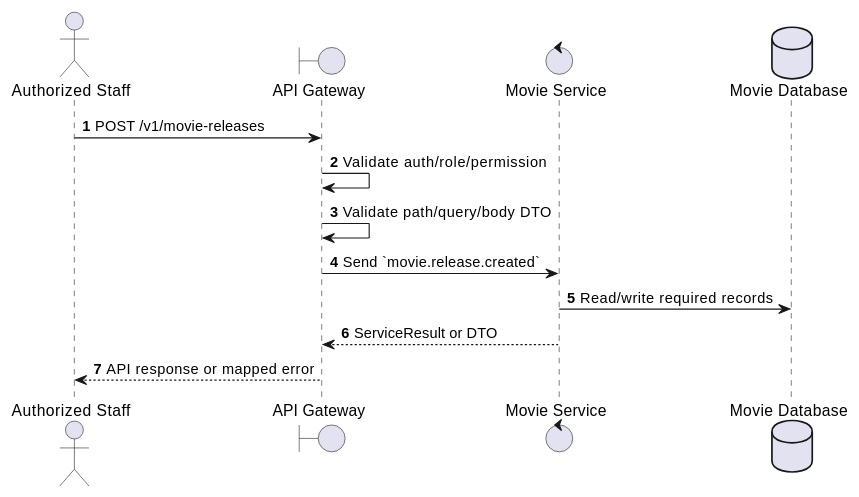
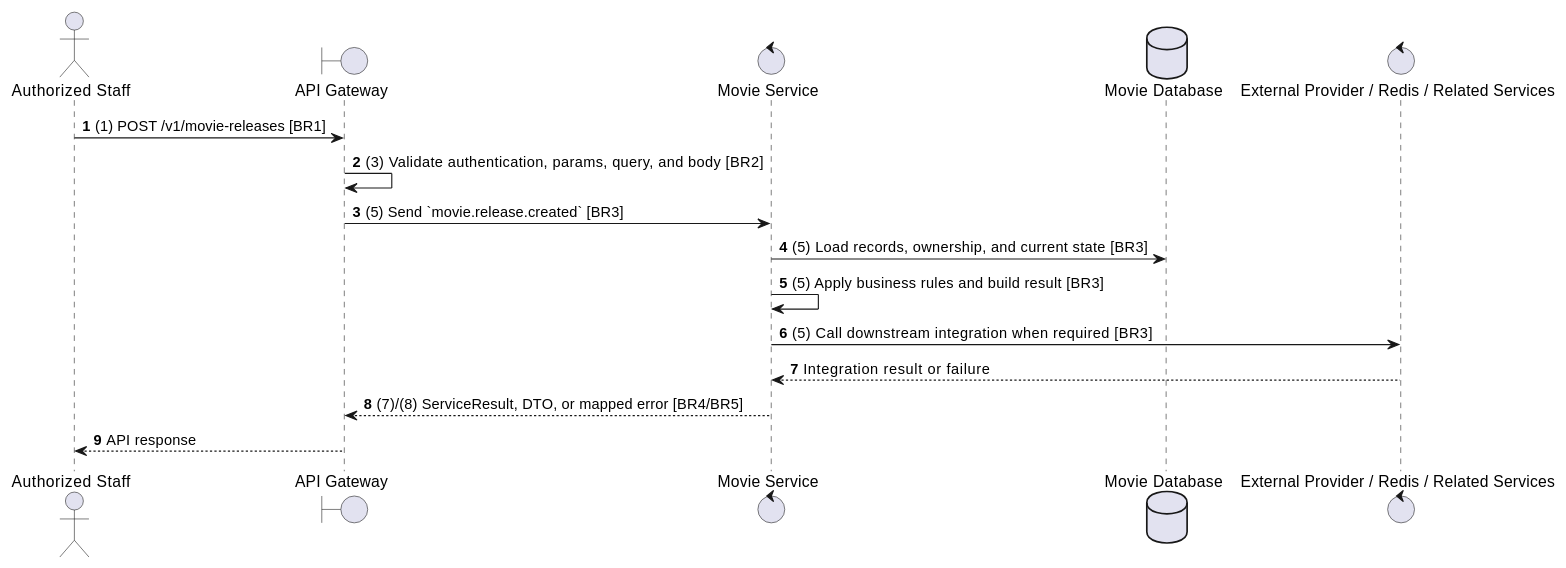
One commit to Tanh1603/movie-hub-architecture changed the second of 2 diagrams in docs/functional_specs/3.3.2_Movie_Releases/MR-01_Create_Movie_Release.md. Above: the diagram before and after it, drawn with PlantUML. The commit also changed other lines of this file and 129 other files, not shown here.

````diff
--- a/docs/functional_specs/3.3.2_Movie_Releases/MR-01_Create_Movie_Release.md
+++ b/docs/functional_specs/3.3.2_Movie_Releases/MR-01_Create_Movie_Release.md
@@ -17,17 +64,20 @@
 ```plantuml
 @startuml
 autonumber
 actor "Authorized Staff" as Actor
 boundary "API Gateway" as GW
 control "Movie Service" as SVC
 database "Movie Database" as DB
+control "External Provider / Redis / Related Services" as EXT
 
-Actor -> GW: POST /v1/movie-releases
-GW -> GW: Validate auth/role/permission
-GW -> GW: Validate path/query/body DTO
-GW -> SVC: Send `movie.release.created`
-SVC -> DB: Read/write required records
-SVC --> GW: ServiceResult or DTO
-GW --> Actor: API response or mapped error
+Actor -> GW: (1) POST /v1/movie-releases [BR1]
+GW -> GW: (3) Validate authentication, params, query, and body [BR2]
+GW -> SVC: (5) Send `movie.release.created` [BR3]
+SVC -> DB: (5) Load records, ownership, and current state [BR3]
+SVC -> SVC: (5) Apply business rules and build result [BR3]
+SVC -> EXT: (5) Call downstream integration when required [BR3]
+EXT --> SVC: Integration result or failure
+SVC --> GW: (7)/(8) ServiceResult, DTO, or mapped error [BR4/BR5]
+GW --> Actor: API response
 @enduml
 ```
````
